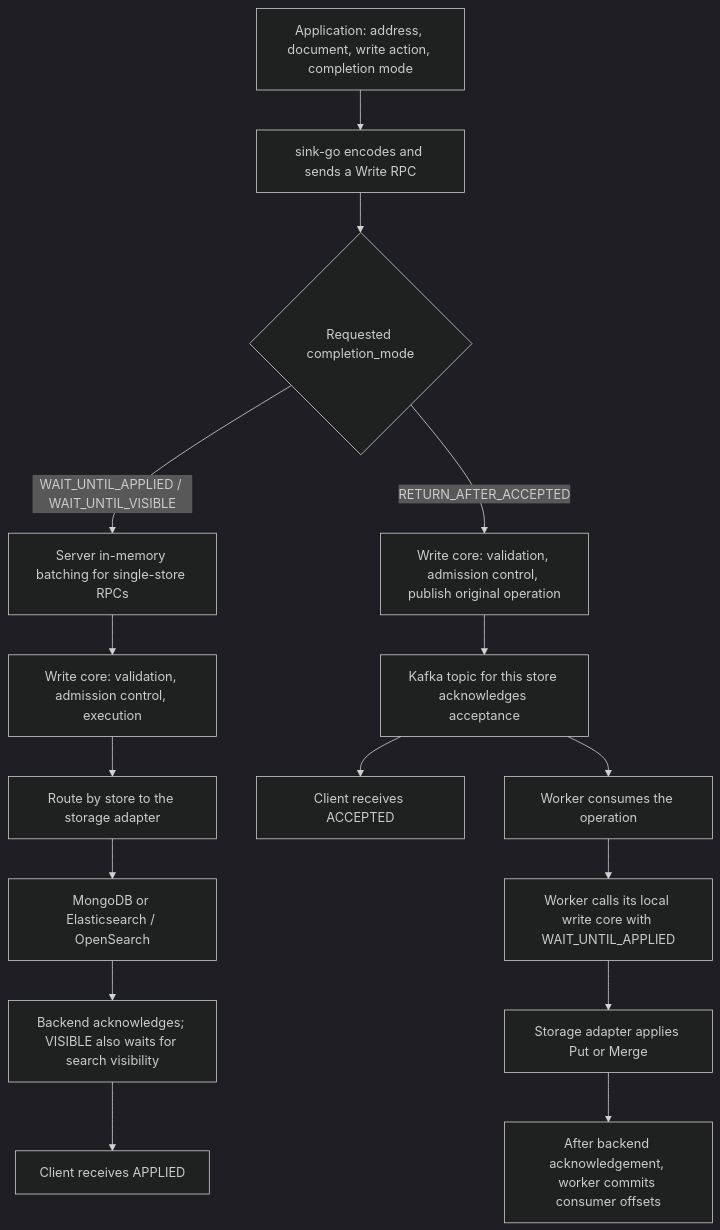
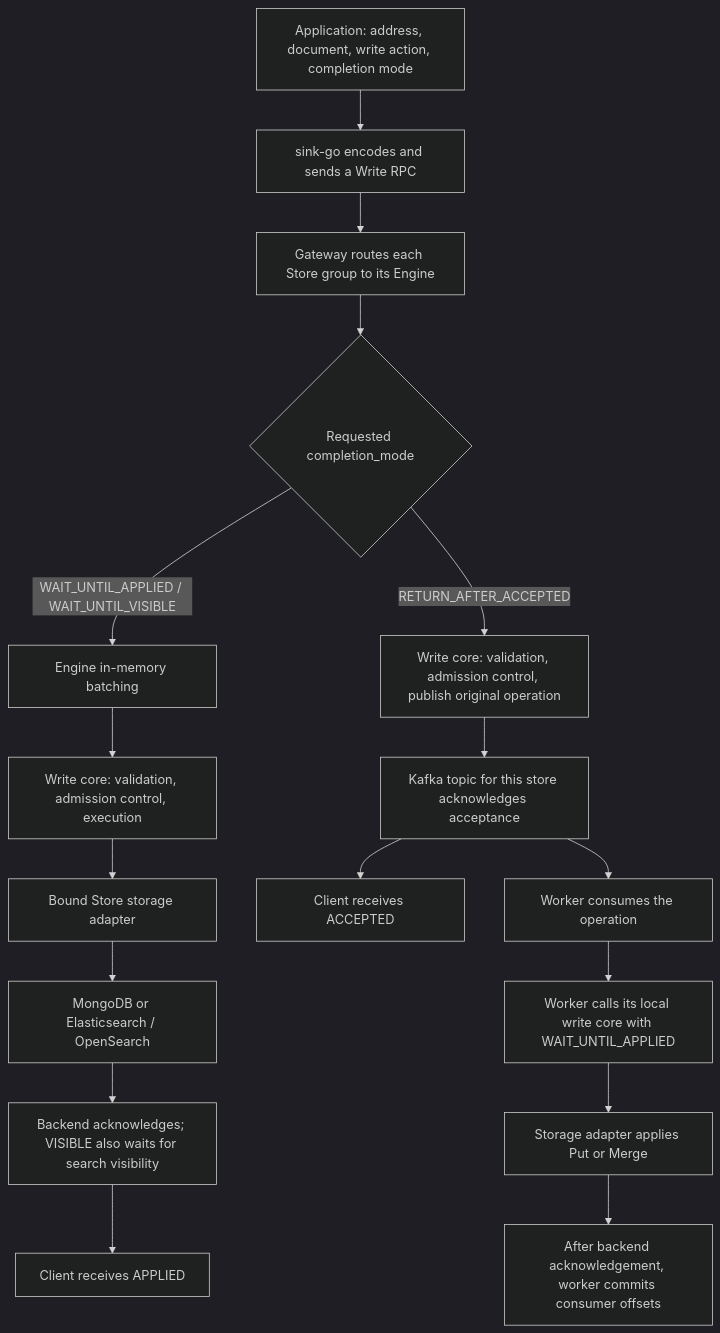
One commit to batchstream/sink changed the diagram in docs/document-write-flow.md. Above: the diagram before and after it, drawn with Mermaid (dark theme). The commit also changed other lines of this file and 8 other files, not shown here.

````diff
--- a/docs/document-write-flow.md
+++ b/docs/document-write-flow.md
@@ -15,18 +14,19 @@
 ```mermaid
 flowchart TD
     A[Application: address, document, write action, completion mode] --> B[sink-go encodes and sends a Write RPC]
-    B --> C{Requested completion_mode}
-    C -->|WAIT_UNTIL_APPLIED / WAIT_UNTIL_VISIBLE| D[Server in-memory batching for single-store RPCs]
+    B --> Q[Gateway routes each Store group to its Engine]
+    Q --> C{Requested completion_mode}
+    C -->|WAIT_UNTIL_APPLIED / WAIT_UNTIL_VISIBLE| D[Engine in-memory batching]
     D --> E[Write core: validation, admission control, execution]
-    E --> F[Route by store to the storage adapter]
+    E --> F[Bound Store storage adapter]
     F --> G[MongoDB or Elasticsearch / OpenSearch]
     G --> H[Backend acknowledges; VISIBLE also waits for search visibility]
     H --> I[Client receives APPLIED]
     C -->|RETURN_AFTER_ACCEPTED| J[Write core: validation, admission control, publish original operation]
     J --> K[Kafka topic for this store acknowledges acceptance]
     K --> L[Client receives ACCEPTED]
     K --> M[Worker consumes the operation]
     M --> N[Worker calls its local write core with WAIT_UNTIL_APPLIED]
     N --> O[Storage adapter applies Put or Merge]
     O --> P[After backend acknowledgement, worker commits consumer offsets]
 ```
````
